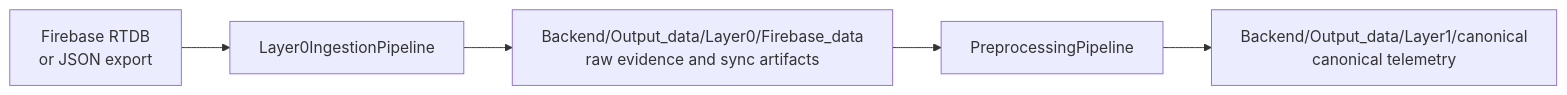
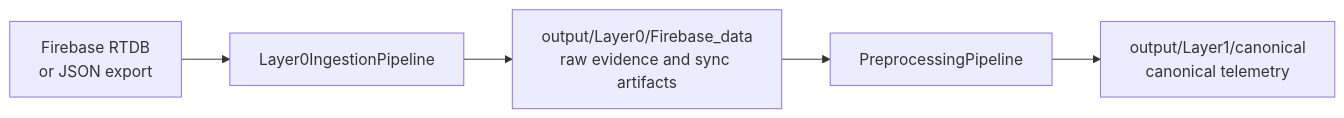
The first of 2 diagrams in Backend/README.md (lawnguyenit/AgriFusion-IoT), drawn with Mermaid before and after one commit. The commit also changed other lines of this file and 193 other files, not shown here.

First line of the commit message:
refactor(backend): move telemetry code to src/agrifusion; output/ replaces Backend/Output_data (s4e)

````diff
--- a/Backend/README.md
+++ b/Backend/README.md
@@ -32,9 +35,9 @@
 ```mermaid
 flowchart LR
     source[Firebase RTDB<br/>or JSON export]
     ingestion[Layer0IngestionPipeline]
-    raw[Backend/Output_data/Layer0/Firebase_data<br/>raw evidence and sync artifacts]
+    raw[output/Layer0/Firebase_data<br/>raw evidence and sync artifacts]
     canonicalizer[PreprocessingPipeline]
-    canonical[Backend/Output_data/Layer1/canonical<br/>canonical telemetry]
+    canonical[output/Layer1/canonical<br/>canonical telemetry]
     source --> ingestion --> raw --> canonicalizer --> canonical
 ```
````
